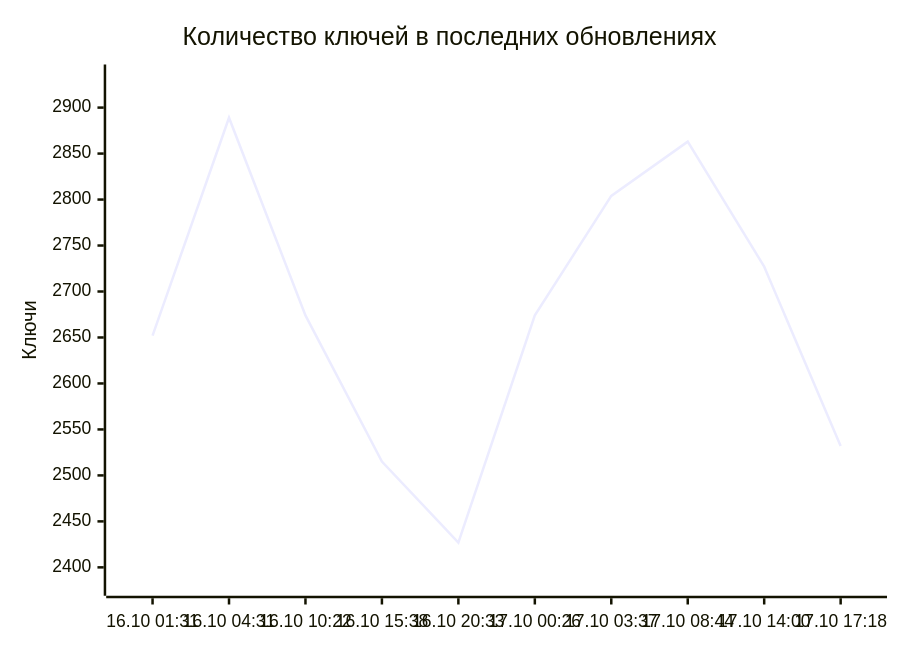
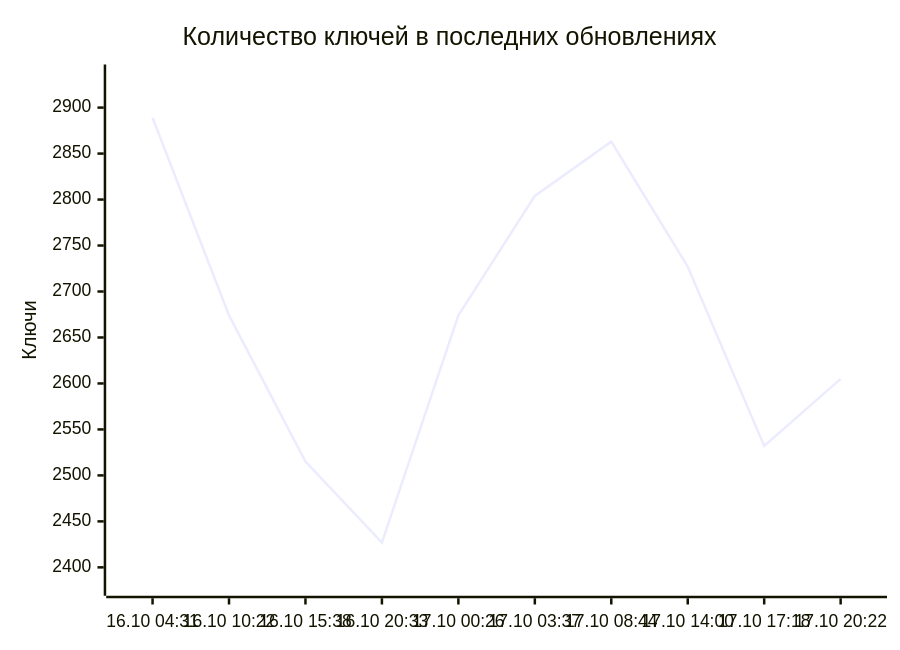
The diagram in README.md (markKikhtenko/WireVeil), drawn with Mermaid before and after one commit. The commit also changed other lines of this file and 13 other files, not shown here.

````diff
--- a/README.md
+++ b/README.md
@@ -55,7 +55,7 @@
 ```mermaid
 xychart-beta
     title "Количество ключей в последних обновлениях"
-    x-axis ["16.10 01:31", "16.10 04:31", "16.10 10:22", "16.10 15:38", "16.10 20:33", "17.10 00:26", "17.10 03:37", "17.10 08:44", "17.10 14:00", "17.10 17:18"]
+    x-axis ["16.10 04:31", "16.10 10:22", "16.10 15:38", "16.10 20:33", "17.10 00:26", "17.10 03:37", "17.10 08:44", "17.10 14:00", "17.10 17:18", "17.10 20:22"]
     y-axis "Ключи" 2380 --> 2936
-    line [2652, 2889, 2674, 2515, 2427, 2674, 2804, 2863, 2727, 2532]
+    line [2889, 2674, 2515, 2427, 2674, 2804, 2863, 2727, 2532, 2605]
 ```
````
